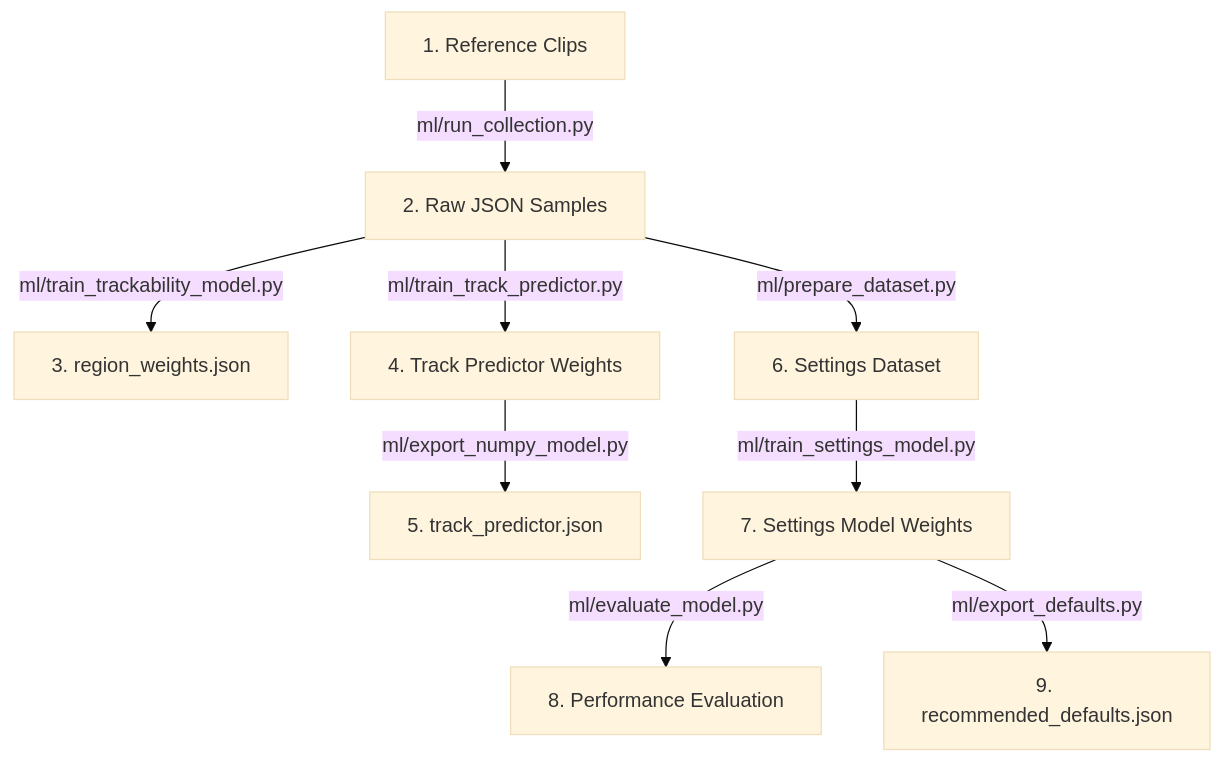
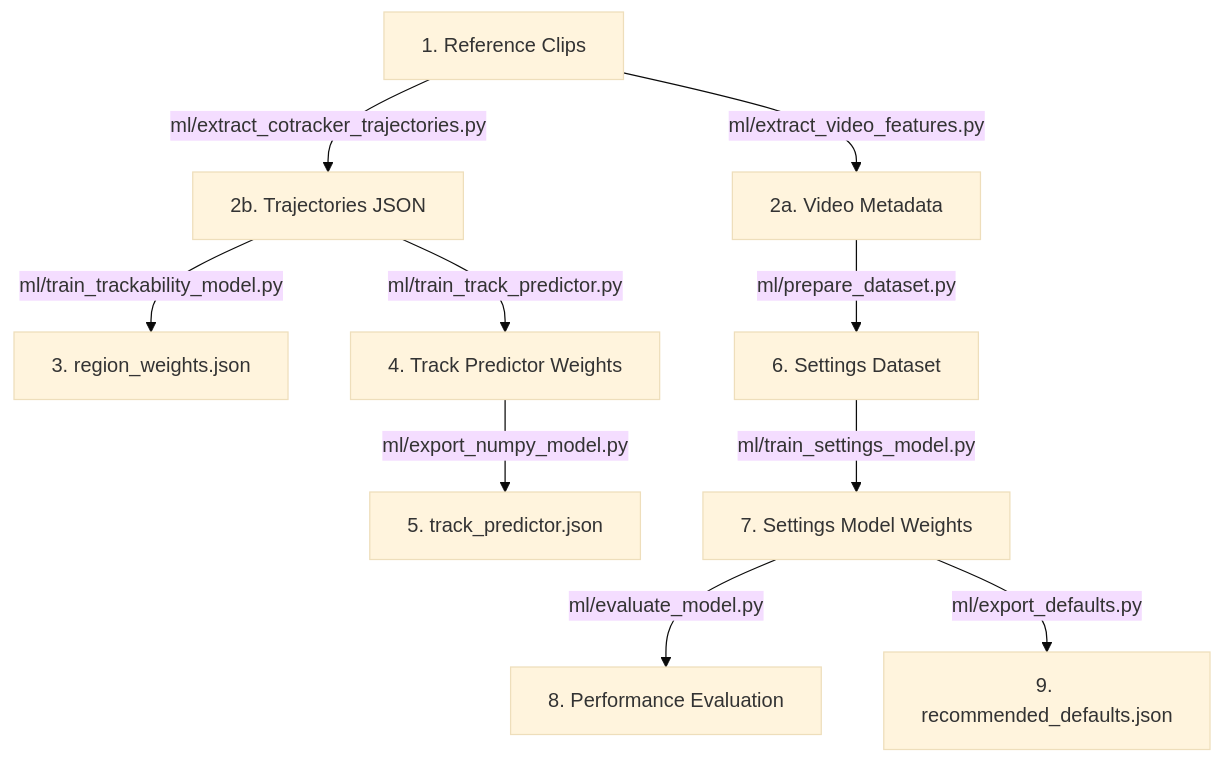
The diagram in ml/README.md (usamasq/AutoSolve), drawn with Mermaid (base theme) before and after one commit. The commit also changed other lines of this file and 24 other files, not shown here.

````diff
--- a/ml/README.md
+++ b/ml/README.md
@@ -11,11 +11,12 @@
 ```mermaid
 graph TD
-    Clips[1. Reference Clips] -->|ml/run_collection.py| RawJSON[2. Raw JSON Samples]
-    RawJSON -->|ml/train_trackability_model.py| RegionWeights[3. region_weights.json]
-    RawJSON -->|ml/train_track_predictor.py| PyTorchTrack[4. Track Predictor Weights]
+    Clips[1. Reference Clips] -->|ml/extract_video_features.py| VideoMeta[2a. Video Metadata]
+    Clips -->|ml/extract_cotracker_trajectories.py| Trajectories[2b. Trajectories JSON]
+    Trajectories -->|ml/train_trackability_model.py| RegionWeights[3. region_weights.json]
+    Trajectories -->|ml/train_track_predictor.py| PyTorchTrack[4. Track Predictor Weights]
     PyTorchTrack -->|ml/export_numpy_model.py| PredictorJSON[5. track_predictor.json]
-    RawJSON -->|ml/prepare_dataset.py| ProcessedDataset[6. Settings Dataset]
+    VideoMeta -->|ml/prepare_dataset.py| ProcessedDataset[6. Settings Dataset]
     ProcessedDataset -->|ml/train_settings_model.py| PyTorchSettings[7. Settings Model Weights]
     PyTorchSettings -->|ml/evaluate_model.py| Evaluation[8. Performance Evaluation]
     PyTorchSettings -->|ml/export_defaults.py| PresetsReport[9. recommended_defaults.json]
 ```
````
